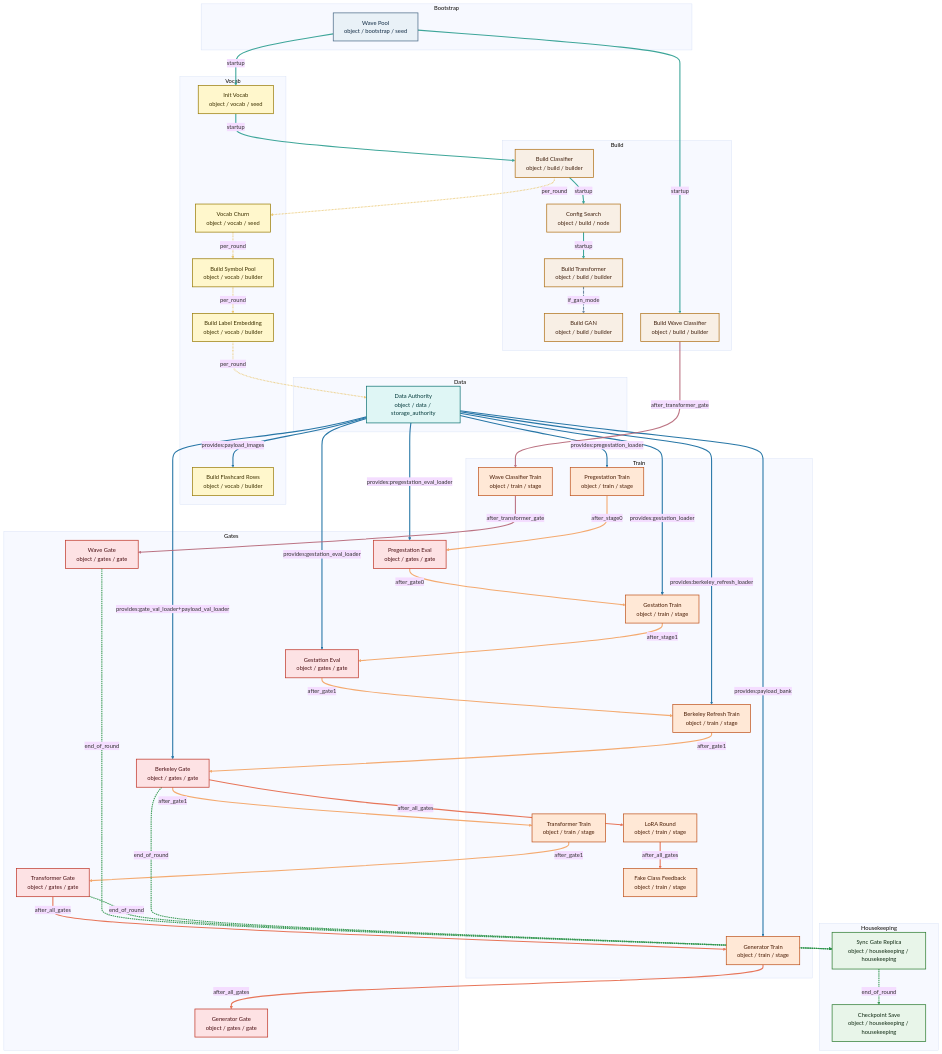
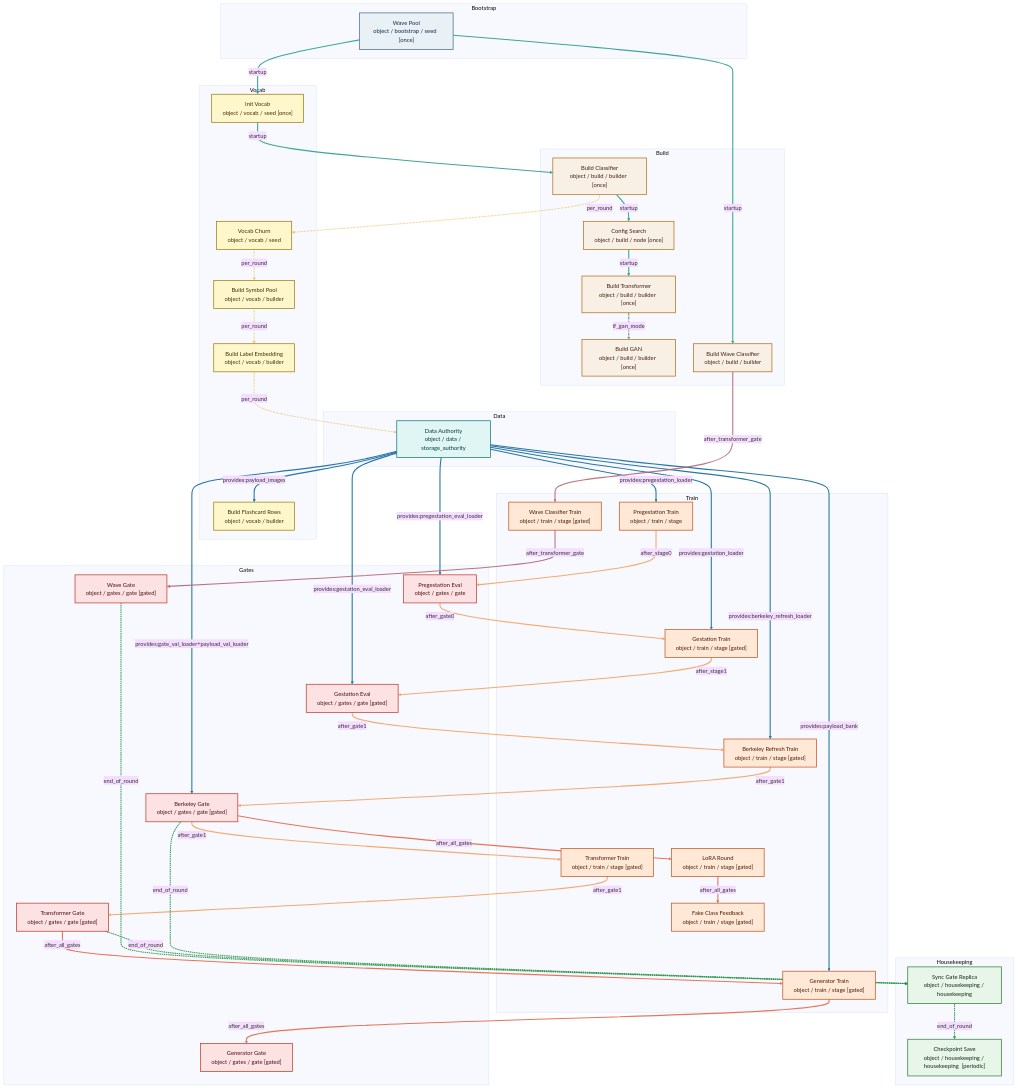
The diagram in docs/diagrams/execution_dense.mmd (sangderenard/meta-nn), drawn with Mermaid before and after one commit. The commit also changed 31 other files, not shown here.

```diff
--- a/docs/diagrams/execution_dense.mmd
+++ b/docs/diagrams/execution_dense.mmd
@@ -1,135 +1,135 @@
 %%{init: {'theme':'base','themeVariables':{'background':'#f5f6f7','mainBkg':'#f5f6f7'},'flowchart':{'curve':'basis','htmlLabels':true}}}%%
 flowchart TD
     subgraph group_bootstrap[Bootstrap]
-        wave_pool["Wave Pool<br/>object / bootstrap / seed"]
+        wave_pool["Wave Pool<br/>object / bootstrap / seed  [once]"]
     end
     subgraph group_build[Build]
-        build_classifier["Build Classifier<br/>object / build / builder"]
-        config_search["Config Search<br/>object / build / node"]
-        build_transformer["Build Transformer<br/>object / build / builder"]
-        build_gan["Build GAN<br/>object / build / builder"]
+        build_classifier["Build Classifier<br/>object / build / builder  [once]"]
+        config_search["Config Search<br/>object / build / node  [once]"]
+        build_transformer["Build Transformer<br/>object / build / builder  [once]"]
+        build_gan["Build GAN<br/>object / build / builder  [once]"]
         build_wave_classifier["Build Wave Classifier<br/>object / build / builder"]
     end
     subgraph group_vocab[Vocab]
-        init_vocab["Init Vocab<br/>object / vocab / seed"]
+        init_vocab["Init Vocab<br/>object / vocab / seed  [once]"]
         vocab_churn["Vocab Churn<br/>object / vocab / seed"]
         build_symbol_pool["Build Symbol Pool<br/>object / vocab / builder"]
         build_label_embedding["Build Label Embedding<br/>object / vocab / builder"]
         build_flashcard_rows["Build Flashcard Rows<br/>object / vocab / builder"]
     end
     subgraph group_data[Data]
         data_node["Data Authority<br/>object / data / storage_authority"]
     end
     subgraph group_train[Train]
         stage_0_pregestation["Pregestation Train<br/>object / train / stage"]
-        stage_1_gestation["Gestation Train<br/>object / train / stage"]
-        stage_2_berkeley["Berkeley Refresh Train<br/>object / train / stage"]
-        stage_r_transformer["Transformer Train<br/>object / train / stage"]
-        stage_g_generator["Generator Train<br/>object / train / stage"]
-        stage_w_wave_classifier["Wave Classifier Train<br/>object / train / stage"]
-        stage_c_lora["LoRA Round<br/>object / train / stage"]
-        stage_fake_feedback["Fake Class Feedback<br/>object / train / stage"]
+        stage_1_gestation["Gestation Train<br/>object / train / stage  [gated]"]
+        stage_2_berkeley["Berkeley Refresh Train<br/>object / train / stage  [gated]"]
+        stage_r_transformer["Transformer Train<br/>object / train / stage  [gated]"]
+        stage_g_generator["Generator Train<br/>object / train / stage  [gated]"]
+        stage_w_wave_classifier["Wave Classifier Train<br/>object / train / stage  [gated]"]
+        stage_c_lora["LoRA Round<br/>object / train / stage  [gated]"]
+        stage_fake_feedback["Fake Class Feedback<br/>object / train / stage  [gated]"]
     end
     subgraph group_gates[Gates]
         gate_0_pregestation_eval["Pregestation Eval<br/>object / gates / gate"]
-        gate_1_gestation_eval["Gestation Eval<br/>object / gates / gate"]
-        gate_berkeley["Berkeley Gate<br/>object / gates / gate"]
-        gate_transformer["Transformer Gate<br/>object / gates / gate"]
-        gate_generator["Generator Gate<br/>object / gates / gate"]
-        gate_wave["Wave Gate<br/>object / gates / gate"]
+        gate_1_gestation_eval["Gestation Eval<br/>object / gates / gate  [gated]"]
+        gate_berkeley["Berkeley Gate<br/>object / gates / gate  [gated]"]
+        gate_transformer["Transformer Gate<br/>object / gates / gate  [gated]"]
+        gate_generator["Generator Gate<br/>object / gates / gate  [gated]"]
+        gate_wave["Wave Gate<br/>object / gates / gate  [gated]"]
     end
     subgraph group_housekeeping[Housekeeping]
         sync_gate_replica["Sync Gate Replica<br/>object / housekeeping / housekeeping"]
-        checkpoint_save["Checkpoint Save<br/>object / housekeeping / housekeeping"]
+        checkpoint_save["Checkpoint Save<br/>object / housekeeping / housekeeping  [periodic]"]
     end
 
     wave_pool -- "startup" --> init_vocab
     init_vocab -- "startup" --> build_classifier
     build_classifier -- "startup" --> config_search
     config_search -- "startup" --> build_transformer
     build_transformer -- "if_gan_mode" --> build_gan
     wave_pool -- "startup" --> build_wave_classifier
     build_classifier -- "per_round" --> vocab_churn
     vocab_churn -- "per_round" --> build_symbol_pool
     build_symbol_pool -- "per_round" --> build_label_embedding
     build_label_embedding -- "per_round" --> data_node
     data_node -- "provides:pregestation_loader" --> stage_0_pregestation
     data_node -- "provides:pregestation_eval_loader" --> gate_0_pregestation_eval
     data_node -- "provides:gestation_loader" --> stage_1_gestation
     data_node -- "provides:gestation_eval_loader" --> gate_1_gestation_eval
     data_node -- "provides:berkeley_refresh_loader" --> stage_2_berkeley
     data_node -- "provides:gate_val_loader+payload_val_loader" --> gate_berkeley
     data_node -- "provides:payload_bank" --> stage_g_generator
     data_node -- "provides:payload_images" --> build_flashcard_rows
     stage_0_pregestation -- "after_stage0" --> gate_0_pregestation_eval
     gate_0_pregestation_eval -- "after_gate0" --> stage_1_gestation
     stage_1_gestation -- "after_stage1" --> gate_1_gestation_eval
     gate_1_gestation_eval -- "after_gate1" --> stage_2_berkeley
     stage_2_berkeley -- "after_gate1" --> gate_berkeley
     gate_berkeley -- "after_gate1" --> stage_r_transformer
     stage_r_transformer -- "after_gate1" --> gate_transformer
     gate_transformer -- "after_all_gates" --> stage_g_generator
     stage_g_generator -- "after_all_gates" --> gate_generator
     gate_berkeley -- "after_all_gates" --> stage_c_lora
     stage_c_lora -- "after_all_gates" --> stage_fake_feedback
     build_wave_classifier -- "after_transformer_gate" --> stage_w_wave_classifier
     stage_w_wave_classifier -- "after_transformer_gate" --> gate_wave
     gate_wave -- "end_of_round" --> sync_gate_replica
     gate_transformer -- "end_of_round" --> sync_gate_replica
     gate_berkeley -- "end_of_round" --> sync_gate_replica
     sync_gate_replica -- "end_of_round" --> checkpoint_save
 
     classDef faculty_bootstrap fill:#E9F1F7,stroke:#4B6B88,color:#102A43,stroke-width:2px;
     classDef faculty_build fill:#F8EFE5,stroke:#B07219,color:#40210F,stroke-width:2px;
     classDef faculty_vocab fill:#FFF7CC,stroke:#9A7D0A,color:#3D3100,stroke-width:2px;
     classDef faculty_data fill:#DFF6F5,stroke:#127475,color:#053B3C,stroke-width:2px;
     classDef faculty_train fill:#FFE8D6,stroke:#C05621,color:#4A1D05,stroke-width:2px;
     classDef faculty_gates fill:#FDE2E4,stroke:#C0392B,color:#4A0F13,stroke-width:2px;
     classDef faculty_housekeeping fill:#E8F5E9,stroke:#2E7D32,color:#102A12,stroke-width:2px;
     classDef faculty_io fill:#DDEBFF,stroke:#2563EB,color:#0F172A,stroke-width:2px;
     classDef faculty_inference fill:#F4F1DE,stroke:#3D405B,color:#1B1F2A,stroke-width:2px;
     classDef faculty_buffer fill:#E0FBFC,stroke:#006D77,color:#00313A,stroke-width:2px;
     classDef faculty_gate fill:#FDE2E4,stroke:#C0392B,color:#4A0F13,stroke-width:2px;
     classDef faculty_other fill:#F3F4F6,stroke:#6B7280,color:#111827,stroke-width:2px;
     class wave_pool faculty_bootstrap;
     class init_vocab,vocab_churn,build_symbol_pool,build_label_embedding,build_flashcard_rows faculty_vocab;
     class build_classifier,config_search,build_transformer,build_gan,build_wave_classifier faculty_build;
     class data_node faculty_data;
     class stage_0_pregestation,stage_1_gestation,stage_2_berkeley,stage_r_transformer,stage_g_generator,stage_w_wave_classifier,stage_c_lora,stage_fake_feedback faculty_train;
     class gate_0_pregestation_eval,gate_1_gestation_eval,gate_berkeley,gate_transformer,gate_generator,gate_wave faculty_gates;
     class sync_gate_replica,checkpoint_save faculty_housekeeping;
     linkStyle 0 stroke:#2A9D8F,stroke-width:3px,opacity:0.9,stroke-dasharray:0;
     linkStyle 1 stroke:#2A9D8F,stroke-width:3px,opacity:0.9,stroke-dasharray:0;
     linkStyle 2 stroke:#2A9D8F,stroke-width:3px,opacity:0.9,stroke-dasharray:0;
     linkStyle 3 stroke:#2A9D8F,stroke-width:3px,opacity:0.9,stroke-dasharray:0;
     linkStyle 4 stroke:#577590,stroke-width:3px,opacity:0.85,stroke-dasharray:8 3;
     linkStyle 5 stroke:#2A9D8F,stroke-width:3px,opacity:0.9,stroke-dasharray:0;
     linkStyle 6 stroke:#E9C46A,stroke-width:3px,opacity:0.9,stroke-dasharray:2 2;
     linkStyle 7 stroke:#E9C46A,stroke-width:3px,opacity:0.9,stroke-dasharray:2 2;
     linkStyle 8 stroke:#E9C46A,stroke-width:3px,opacity:0.9,stroke-dasharray:2 2;
     linkStyle 9 stroke:#E9C46A,stroke-width:3px,opacity:0.9,stroke-dasharray:2 2;
     linkStyle 10 stroke:#1D70A2,stroke-width:3px,opacity:0.95,stroke-dasharray:0;
     linkStyle 11 stroke:#1D70A2,stroke-width:3px,opacity:0.95,stroke-dasharray:0;
     linkStyle 12 stroke:#1D70A2,stroke-width:3px,opacity:0.95,stroke-dasharray:0;
     linkStyle 13 stroke:#1D70A2,stroke-width:3px,opacity:0.95,stroke-dasharray:0;
     linkStyle 14 stroke:#1D70A2,stroke-width:3px,opacity:0.95,stroke-dasharray:0;
     linkStyle 15 stroke:#1D70A2,stroke-width:3px,opacity:0.95,stroke-dasharray:0;
     linkStyle 16 stroke:#1D70A2,stroke-width:3px,opacity:0.95,stroke-dasharray:0;
     linkStyle 17 stroke:#1D70A2,stroke-width:3px,opacity:0.95,stroke-dasharray:0;
     linkStyle 18 stroke:#F4A261,stroke-width:3px,opacity:0.9,stroke-dasharray:0;
     linkStyle 19 stroke:#F4A261,stroke-width:3px,opacity:0.9,stroke-dasharray:0;
     linkStyle 20 stroke:#F4A261,stroke-width:3px,opacity:0.9,stroke-dasharray:0;
     linkStyle 21 stroke:#F4A261,stroke-width:3px,opacity:0.9,stroke-dasharray:0;
     linkStyle 22 stroke:#F4A261,stroke-width:3px,opacity:0.9,stroke-dasharray:0;
     linkStyle 23 stroke:#F4A261,stroke-width:3px,opacity:0.9,stroke-dasharray:0;
     linkStyle 24 stroke:#F4A261,stroke-width:3px,opacity:0.9,stroke-dasharray:0;
     linkStyle 25 stroke:#E76F51,stroke-width:3px,opacity:0.95,stroke-dasharray:0;
     linkStyle 26 stroke:#E76F51,stroke-width:3px,opacity:0.95,stroke-dasharray:0;
     linkStyle 27 stroke:#E76F51,stroke-width:3px,opacity:0.95,stroke-dasharray:0;
     linkStyle 28 stroke:#E76F51,stroke-width:3px,opacity:0.95,stroke-dasharray:0;
     linkStyle 29 stroke:#B56576,stroke-width:3px,opacity:0.9,stroke-dasharray:0;
     linkStyle 30 stroke:#B56576,stroke-width:3px,opacity:0.9,stroke-dasharray:0;
     linkStyle 31 stroke:#2B9348,stroke-width:3px,opacity:0.9,stroke-dasharray:4 2;
     linkStyle 32 stroke:#2B9348,stroke-width:3px,opacity:0.9,stroke-dasharray:4 2;
     linkStyle 33 stroke:#2B9348,stroke-width:3px,opacity:0.9,stroke-dasharray:4 2;
     linkStyle 34 stroke:#2B9348,stroke-width:3px,opacity:0.9,stroke-dasharray:4 2;
```
